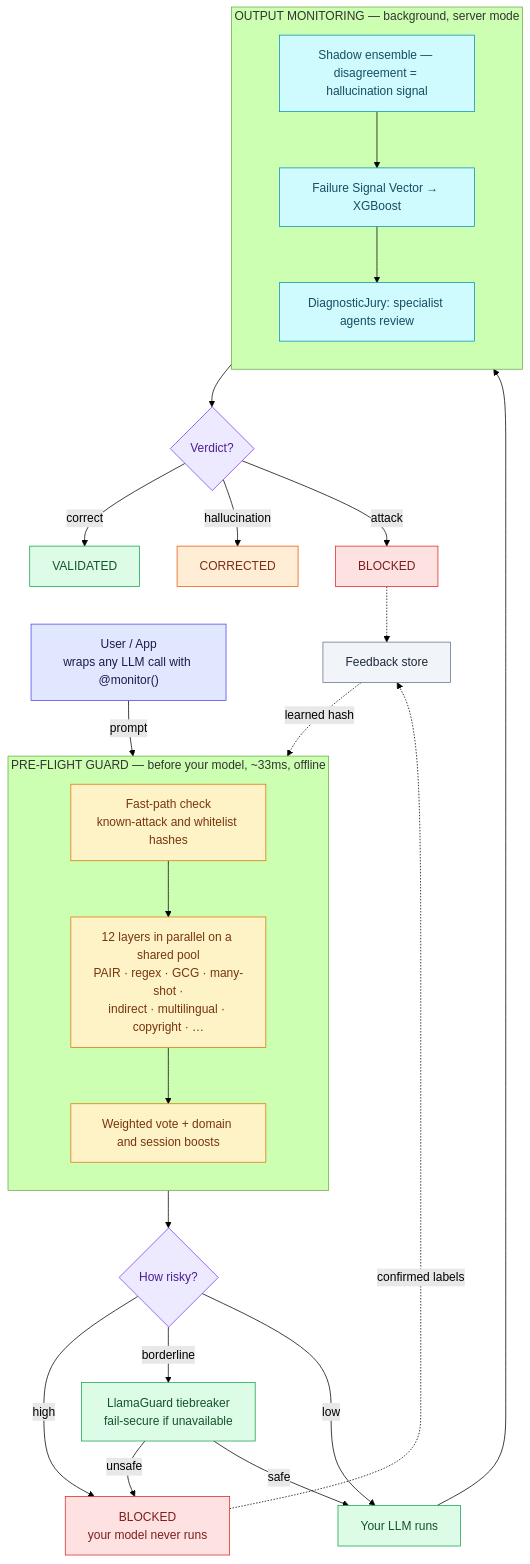
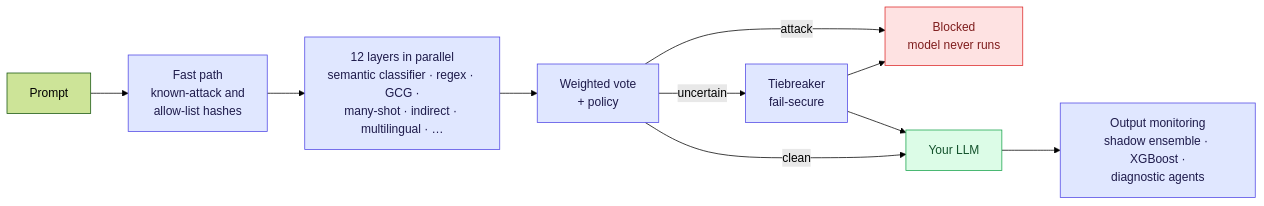
Before and after one commit to AyushSingh110/Failure_Intelligence_System: the diagram in README.md, drawn with Mermaid (forest theme). The commit also changed other lines of this file and 2 other files, not shown here.

Commit message:
docs: professional README with FIE banner; fix stale examples and install path"

````diff
--- a/README.md
+++ b/README.md
@@ -208,57 +95,19 @@
 ```mermaid
-flowchart TD
-    U["User / App<br/>wraps any LLM call with @monitor()"]
-    U -->|prompt| FP
+flowchart LR
+    P["Prompt"] --> FP["Fast path<br/>known-attack and<br/>allow-list hashes"]
+    FP --> L["12 layers in parallel<br/>semantic classifier · regex · GCG ·<br/>many-shot · indirect · multilingual · …"]
+    L --> V["Weighted vote<br/>+ policy"]
+    V -->|attack| B["Blocked<br/>model never runs"]
+    V -->|uncertain| T["Tiebreaker<br/>fail-secure"]
+    V -->|clean| M["Your LLM"]
+    T --> B
+    T --> M
+    M --> O["Output monitoring<br/>shadow ensemble · XGBoost ·<br/>diagnostic agents"]
 
-    subgraph GUARD["PRE-FLIGHT GUARD — before your model, ~33ms, offline"]
-        direction TB
-        FP["Fast-path check<br/>known-attack and whitelist hashes"]
-        L["12 layers in parallel on a shared pool<br/>PAIR · regex · GCG · many-shot ·<br/>indirect · multilingual · copyright · …"]
-        AGG["Weighted vote + domain and session boosts"]
-        FP --> L --> AGG
-    end
-
-    AGG --> ROUTE{"How risky?"}
-    ROUTE -->|"high"| BLOCK["BLOCKED<br/>your model never runs"]
-    ROUTE -->|"borderline"| LG["LlamaGuard tiebreaker<br/>fail-secure if unavailable"]
-    ROUTE -->|"low"| LLM
-    LG -->|unsafe| BLOCK
-    LG -->|safe| LLM
-
-    LLM["Your LLM runs"]
-    LLM --> MON
-
-    subgraph MON["OUTPUT MONITORING — background, server mode"]
-        direction TB
-        SHADOW["Shadow ensemble — disagreement = hallucination signal"]
-        FSV["Failure Signal Vector → XGBoost"]
-        JURY["DiagnosticJury: specialist agents review"]
-        SHADOW --> FSV --> JURY
-    end
-
-    MON --> OUT{"Verdict?"}
-    OUT -->|correct| VAL["VALIDATED"]
-    OUT -->|hallucination| COR["CORRECTED"]
-    OUT -->|attack| BLK2["BLOCKED"]
-
-    BLOCK -.confirmed labels.-> FB["Feedback store"]
-    BLK2 -.-> FB
-    FB -.learned hash.-> FP
-
-    classDef user fill:#e0e7ff,stroke:#4f46e5,color:#1e1b4b;
-    classDef guard fill:#fef3c7,stroke:#d97706,color:#78350f;
-    classDef gate fill:#ede9fe,stroke:#7c3aed,color:#4c1d95;
     classDef block fill:#fee2e2,stroke:#dc2626,color:#7f1d1d;
-    classDef safe fill:#dcfce7,stroke:#16a34a,color:#14532d;
-    classDef mon fill:#cffafe,stroke:#0891b2,color:#164e63;
-    classDef warn fill:#ffedd5,stroke:#ea580c,color:#7c2d12;
-    classDef store fill:#f1f5f9,stroke:#64748b,color:#1e293b;
-    class U user;
-    class FP,L,AGG guard;
-    class ROUTE,OUT gate;
-    class BLOCK,BLK2 block;
-    class LLM,LG,VAL safe;
-    class SHADOW,FSV,JURY mon;
-    class COR warn;
-    class FB store;
+    classDef ok fill:#dcfce7,stroke:#16a34a,color:#14532d;
+    classDef core fill:#e0e7ff,stroke:#4f46e5,color:#1e1b4b;
+    class B block;
+    class M ok;
+    class FP,L,V,T,O core;
 ```
````
